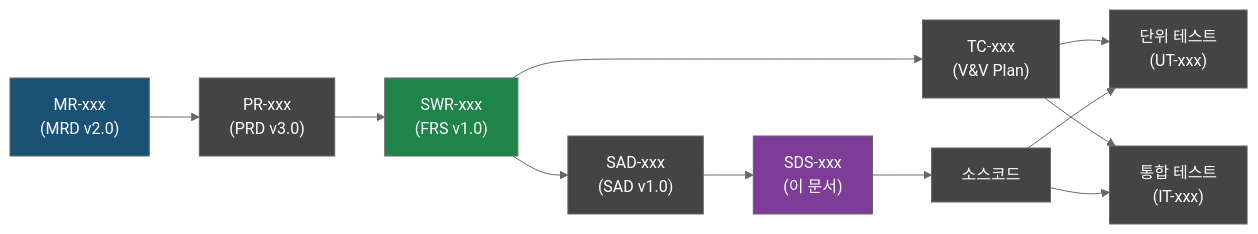
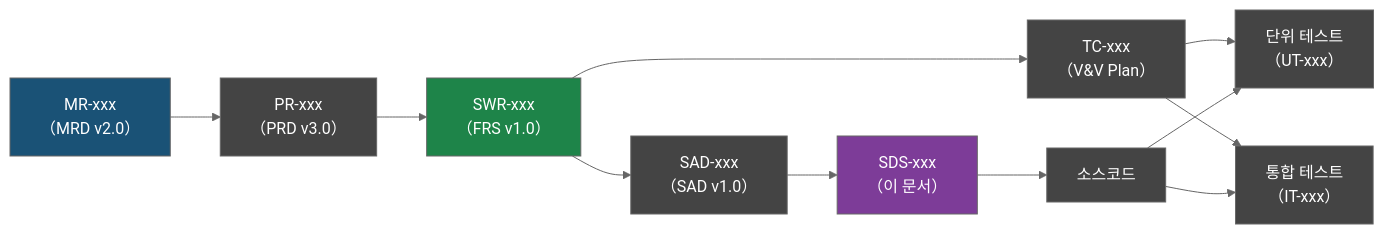
Diagram 23 of 23 in docs/planning/DOC-007_SDS_v1.0.md (holee9/console-gui), drawn with Mermaid (neutral theme) before and after one commit. The commit also changed other lines of this file and 22 other files, not shown here.

First line of the commit message:
fix: Mermaid flowchart 노드 내 괄호 파싱 오류 전면 수정

````diff
--- a/docs/planning/DOC-007_SDS_v1.0.md
+++ b/docs/planning/DOC-007_SDS_v1.0.md
@@ -2194,28 +2194,28 @@
 ```mermaid
 flowchart LR
-    MR["MR-xxx\n(MRD v2.0)"]
-    PR["PR-xxx\n(PRD v3.0)"]
-    SWR["SWR-xxx\n(FRS v1.0)"]
-    SAD["SAD-xxx\n(SAD v1.0)"]
-    SDS["SDS-xxx\n(이 문서)"]
+    MR["MR-xxx\n（MRD v2.0）"]
+    PR["PR-xxx\n（PRD v3.0）"]
+    SWR["SWR-xxx\n（FRS v1.0）"]
+    SAD["SAD-xxx\n（SAD v1.0）"]
+    SDS["SDS-xxx\n（이 문서）"]
     CODE["소스코드"]
-    UT["단위 테스트\n(UT-xxx)"]
-    IT["통합 테스트\n(IT-xxx)"]
-    TC["TC-xxx\n(V&V Plan)"]
+    UT["단위 테스트\n（UT-xxx）"]
+    IT["통합 테스트\n（IT-xxx）"]
+    TC["TC-xxx\n（V&V Plan）"]
 
     MR --> PR
     PR --> SWR
     SWR --> SAD
     SAD --> SDS
     SDS --> CODE
     SWR --> TC
     TC --> UT
     TC --> IT
     CODE --> UT
     CODE --> IT
 
     classDef default fill:#444,stroke:#666,color:#fff
     style SDS fill:#7d3c98,color:#fff
     style MR fill:#1a5276,color:#fff
     style SWR fill:#1e8449,color:#fff
 ```
````
